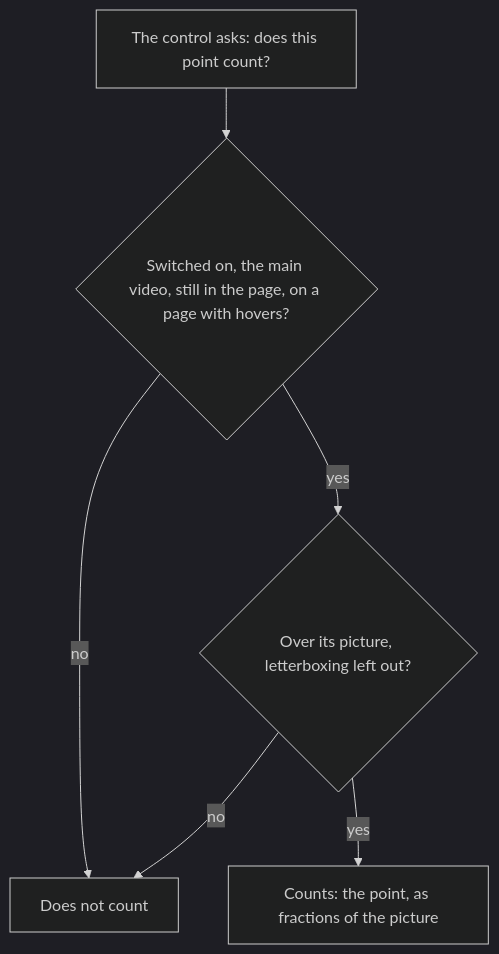
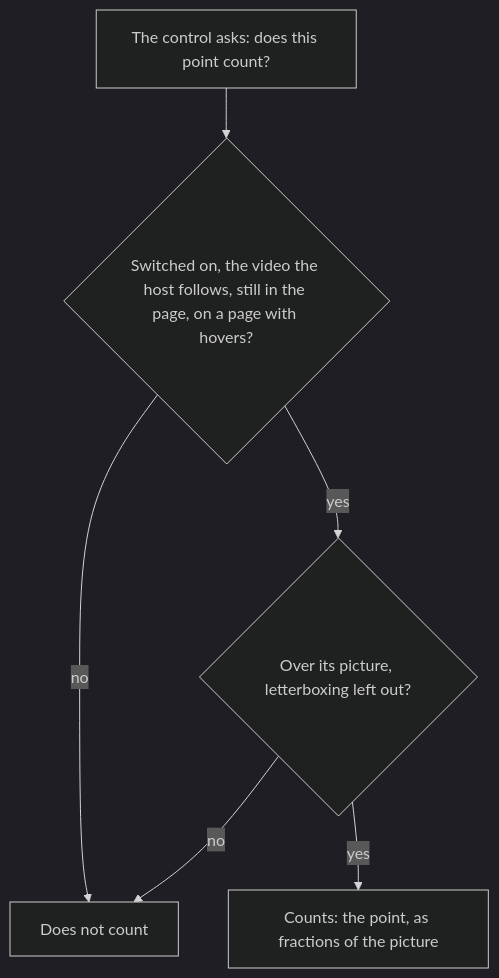
One commit to ryangswe/duelsight changed the sixth of 14 diagrams in docs/hover-map.md. Above: the diagram before and after it, drawn with Mermaid (dark theme). The commit also changed other lines of this file and 82 other files, not shown here.

First line of the commit message:
Card hovers on the cardvision toolkit's shared hover host (#51)

````diff
--- a/docs/hover-map.md
+++ b/docs/hover-map.md
@@ -316,14 +367,14 @@
 ```mermaid
 flowchart TD
   ASK["The control asks: does this point count?"]
-  SAME{"Switched on, the main video, still in the page, on a page with hovers?"}
+  SAME{"Switched on, the video the host follows, still in the page, on a page with hovers?"}
   IN{"Over its picture, letterboxing left out?"}
   AT["Counts: the point, as fractions of the picture"]
   NO["Does not count"]
 
   ASK --> SAME
   SAME -->|"no"| NO
   SAME -->|"yes"| IN
   IN -->|"yes"| AT
   IN -->|"no"| NO
 ```
````
